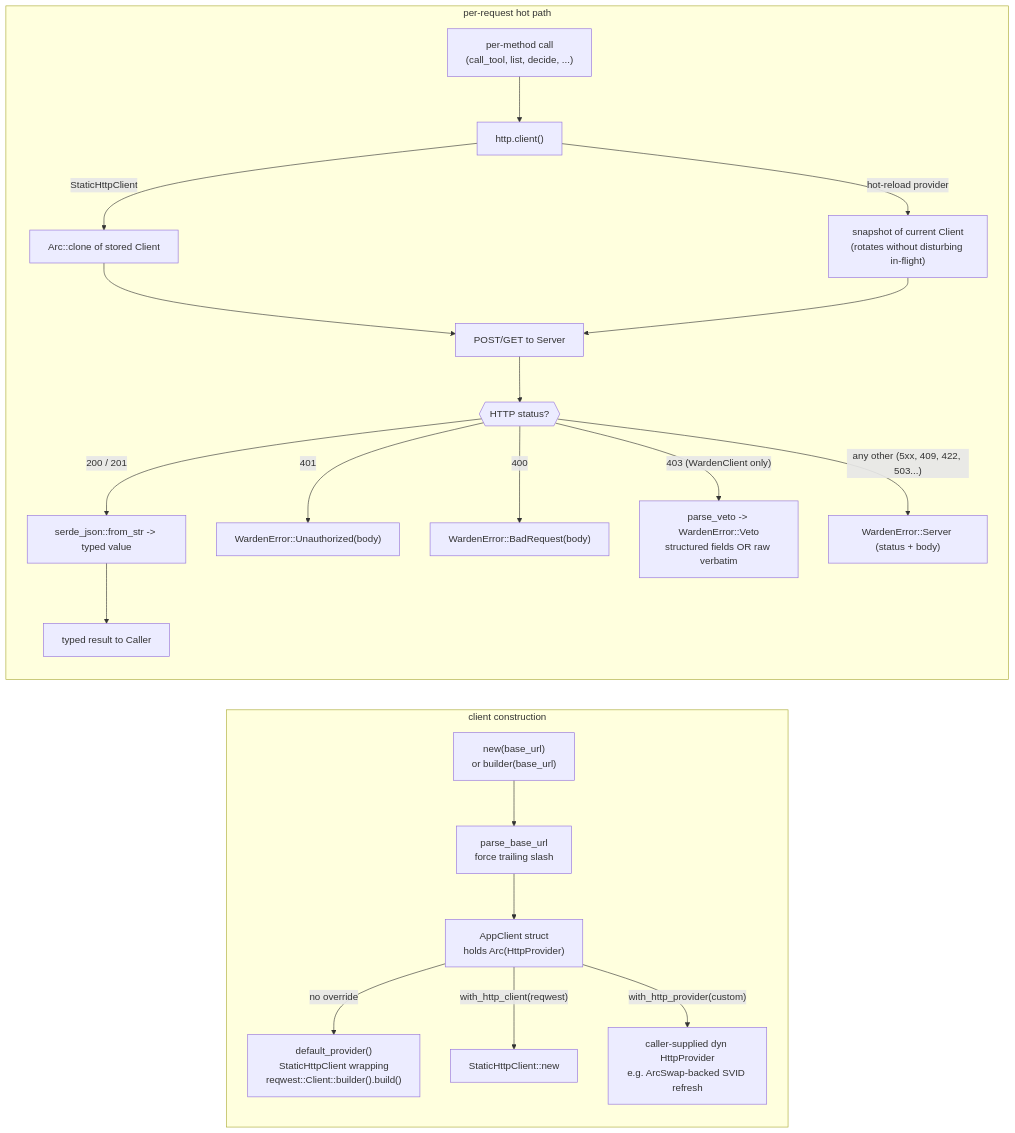
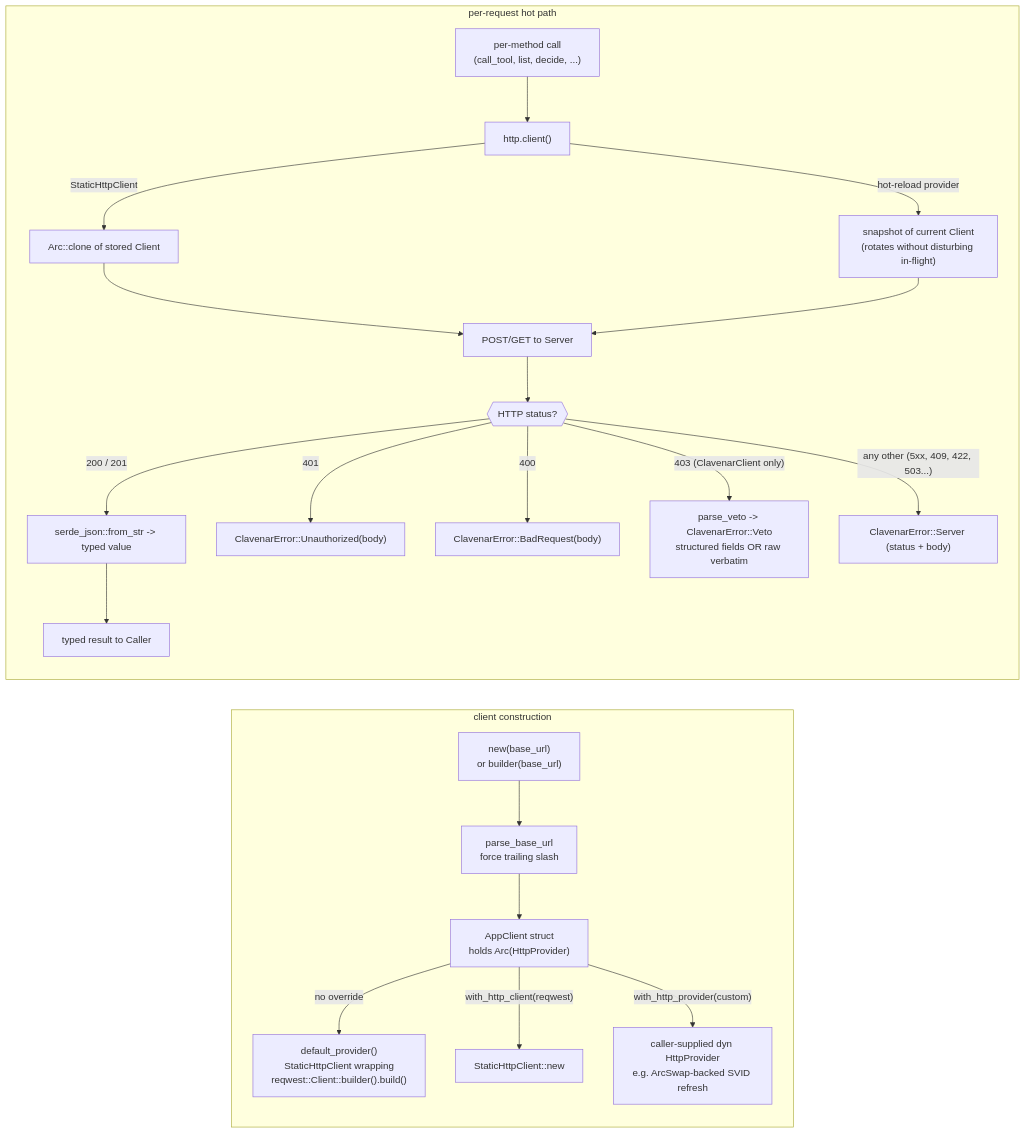
Before and after one commit to clavenar/clavenar-sdk: the sixth of 6 diagrams in docs/SEQUENCES.md, drawn with Mermaid. The commit also changed other lines of this file and 16 other files, not shown here.

First line of the commit message:
rename product Agent Warden → Clavenar

````diff
--- a/docs/SEQUENCES.md
+++ b/docs/SEQUENCES.md
@@ -395,25 +395,25 @@
 ```mermaid
 flowchart LR
     subgraph build[client construction]
         new["new(base_url)<br/>or builder(base_url)"] --> parseURL["parse_base_url<br/>force trailing slash"]
         parseURL --> ctor["AppClient struct<br/>holds Arc(HttpProvider)"]
         ctor -- "no override" --> defStatic["default_provider()<br/>StaticHttpClient wrapping<br/>reqwest::Client::builder().build()"]
         ctor -- "with_http_client(reqwest)" --> wrap["StaticHttpClient::new"]
         ctor -- "with_http_provider(custom)" --> custom["caller-supplied dyn HttpProvider<br/>e.g. ArcSwap-backed SVID refresh"]
     end
 
     subgraph call[per-request hot path]
         method["per-method call<br/>(call_tool, list, decide, ...)"] --> provider["http.client()"]
         provider -- "StaticHttpClient" --> arc["Arc::clone of stored Client"]
         provider -- "hot-reload provider" --> fresh["snapshot of current Client<br/>(rotates without disturbing in-flight)"]
         arc --> wire["POST/GET to Server"]
         fresh --> wire
         wire --> status{{"HTTP status?"}}
         status -- "200 / 201" --> ok["serde_json::from_str -> typed value"]
-        status -- "401" --> unauth["WardenError::Unauthorized(body)"]
-        status -- "400" --> bad["WardenError::BadRequest(body)"]
-        status -- "403 (WardenClient only)" --> veto["parse_veto -> WardenError::Veto<br/>structured fields OR raw verbatim"]
-        status -- "any other (5xx, 409, 422, 503...)" --> server["WardenError::Server (status + body)"]
+        status -- "401" --> unauth["ClavenarError::Unauthorized(body)"]
+        status -- "400" --> bad["ClavenarError::BadRequest(body)"]
+        status -- "403 (ClavenarClient only)" --> veto["parse_veto -> ClavenarError::Veto<br/>structured fields OR raw verbatim"]
+        status -- "any other (5xx, 409, 422, 503...)" --> server["ClavenarError::Server (status + body)"]
         ok --> caller["typed result to Caller"]
     end
 ```
````
